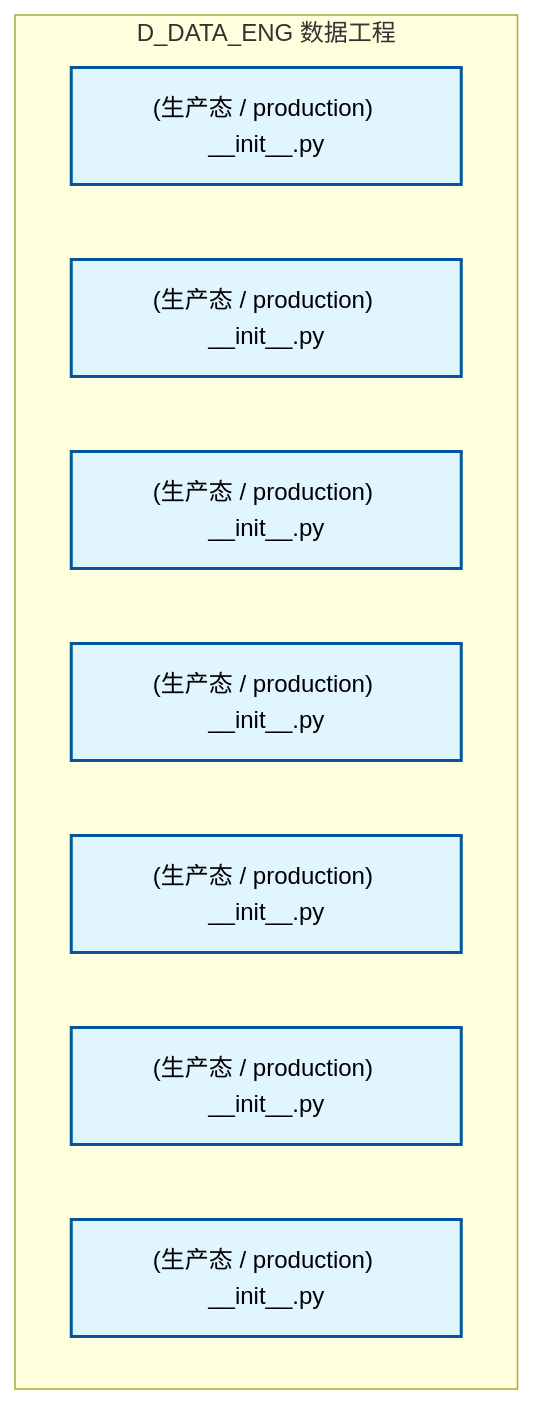
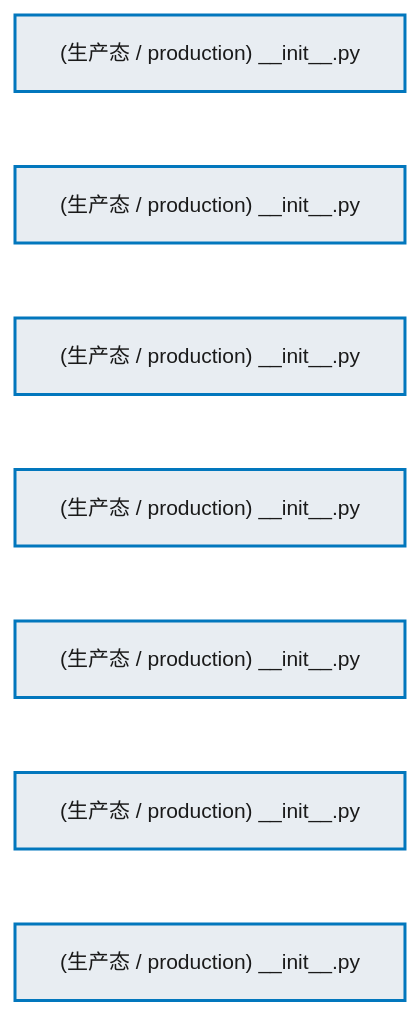
The first of 2 diagrams in docs/02_enterprise_architecture/02_domain_architecture_docs/12_d_data_eng.md (xuanFelixVan/ZephyrAlpha), drawn with Mermaid before and after one commit. The commit also changed other lines of this file and 76 other files, not shown here.

````diff
--- a/docs/02_enterprise_architecture/02_domain_architecture_docs/12_d_data_eng.md
+++ b/docs/02_enterprise_architecture/02_domain_architecture_docs/12_d_data_eng.md
@@ -67,17 +67,22 @@
 ```mermaid
-graph TD
-    subgraph D_DATA_ENG["D_DATA_ENG 数据工程"]
-        src_zephyr_data_eng_init_py["(生产态 / production) __init__.py"]
-        src_zephyr_data_eng_extensions_init_py["(生产态 / production) __init__.py"]
-        src_zephyr_data_eng_api_init_py["(生产态 / production) __init__.py"]
-        src_zephyr_data_eng_core_init_py["(生产态 / production) __init__.py"]
-        src_zephyr_data_eng_infrastructure_init_py["(生产态 / production) __init__.py"]
-        src_zephyr_data_eng_models_init_py["(生产态 / production) __init__.py"]
-        src_zephyr_data_eng_services_init_py["(生产态 / production) __init__.py"]
-    end
-    classDef production fill:#e1f5fe,stroke:#01579b,stroke-width:2px,color:#000
-    classDef design fill:#fff3e0,stroke:#e65100,stroke-width:2px,color:#000,stroke-dasharray: 5 5
-    classDef external_prod fill:#e8f5e9,stroke:#1b5e20,stroke-width:1px,color:#000
-    classDef external_design fill:#fce4ec,stroke:#880e4f,stroke-width:1px,color:#000,stroke-dasharray: 5 5
+%%{init: {'theme': 'base', 'themeVariables': {'primaryColor': '#eaeaea', 'primaryTextColor': '#333333', 'primaryBorderColor': '#666666', 'lineColor': '#666666', 'secondaryColor': '#eaeaea', 'tertiaryColor': '#eaeaea', 'fontSize': '14px'}}}%%
+flowchart TD
+    src_zephyr_data_eng_init_py["(生产态 / production) __init__.py"]
+    src_zephyr_data_eng_extensions_init_py["(生产态 / production) __init__.py"]
+    src_zephyr_data_eng_api_init_py["(生产态 / production) __init__.py"]
+    src_zephyr_data_eng_core_init_py["(生产态 / production) __init__.py"]
+    src_zephyr_data_eng_infrastructure_init_py["(生产态 / production) __init__.py"]
+    src_zephyr_data_eng_models_init_py["(生产态 / production) __init__.py"]
+    src_zephyr_data_eng_services_init_py["(生产态 / production) __init__.py"]
+    src_zephyr_data_eng_init_py ~~~ src_zephyr_data_eng_extensions_init_py
+    src_zephyr_data_eng_extensions_init_py ~~~ src_zephyr_data_eng_api_init_py
+    src_zephyr_data_eng_api_init_py ~~~ src_zephyr_data_eng_core_init_py
+    src_zephyr_data_eng_core_init_py ~~~ src_zephyr_data_eng_infrastructure_init_py
+    src_zephyr_data_eng_infrastructure_init_py ~~~ src_zephyr_data_eng_models_init_py
+    src_zephyr_data_eng_models_init_py ~~~ src_zephyr_data_eng_services_init_py
+    classDef production fill:#e8edf2,stroke:#0277bd,stroke-width:2px,color:#1a1a1a
+    classDef design fill:#f0ebe3,stroke:#bf360c,stroke-width:2px,color:#1a1a1a,stroke-dasharray: 5 5
+    classDef external_prod fill:#e8efe9,stroke:#1b5e20,stroke-width:1px,color:#1a1a1a
+    classDef external_design fill:#efe5ea,stroke:#880e4f,stroke-width:1px,color:#1a1a1a,stroke-dasharray: 5 5
     class src_zephyr_data_eng_init_py,src_zephyr_data_eng_extensions_init_py,src_zephyr_data_eng_api_init_py,src_zephyr_data_eng_core_init_py,src_zephyr_data_eng_infrastructure_init_py,src_zephyr_data_eng_models_init_py,src_zephyr_data_eng_services_init_py production
 ```
````
